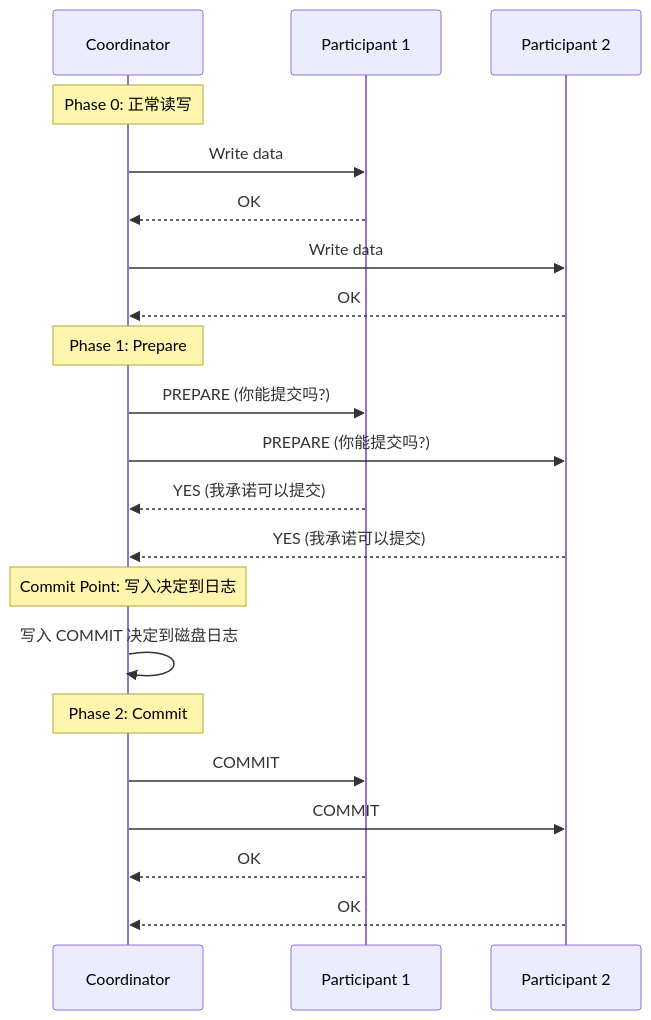
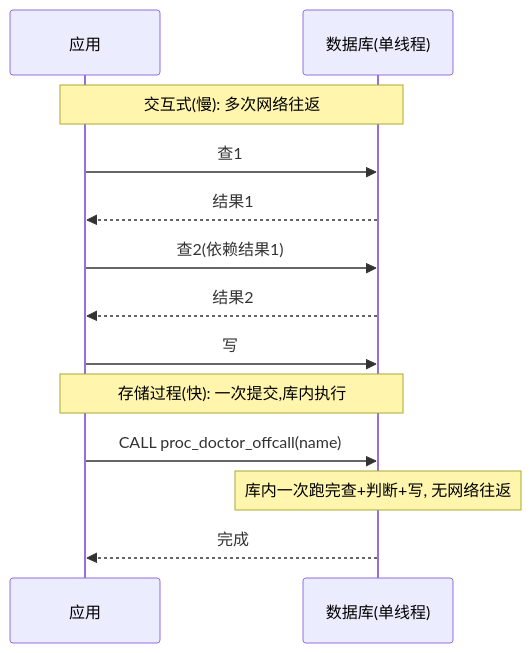
Before and after one commit to socoo123/ddia_2nd: diagram 19 of 40 in ch08-事务.md, drawn with Mermaid. The commit also changed other lines of this file and 8 other files, not shown here.

First line of the commit message:
重写 ch01-ch09 读书笔记：风格统一 + 内容扩充 + 大量图表

````diff
--- a/ch08-事务.md
+++ b/ch08-事务.md
@@ -977,27 +758,15 @@
 ```mermaid
 sequenceDiagram
-    participant Coord as Coordinator
-    participant DB1 as Participant 1
-    participant DB2 as Participant 2
-
-    Note over Coord: Phase 0: 正常读写
-    Coord->>DB1: Write data
-    DB1-->>Coord: OK
-    Coord->>DB2: Write data
-    DB2-->>Coord: OK
-
-    Note over Coord: Phase 1: Prepare
-    Coord->>DB1: PREPARE (你能提交吗?)
-    Coord->>DB2: PREPARE (你能提交吗?)
-    DB1-->>Coord: YES (我承诺可以提交)
-    DB2-->>Coord: YES (我承诺可以提交)
-
-    Note over Coord: Commit Point: 写入决定到日志
-    Coord->>Coord: 写入 COMMIT 决定到磁盘日志
-
-    Note over Coord: Phase 2: Commit
-    Coord->>DB1: COMMIT
-    Coord->>DB2: COMMIT
-    DB1-->>Coord: OK
-    DB2-->>Coord: OK
+    participant App as 应用
+    participant DB as 数据库(单线程)
+    Note over App,DB: 交互式(慢): 多次网络往返
+    App->>DB: 查1
+    DB-->>App: 结果1
+    App->>DB: 查2(依赖结果1)
+    DB-->>App: 结果2
+    App->>DB: 写
+    Note over App,DB: 存储过程(快): 一次提交,库内执行
+    App->>DB: CALL proc_doctor_offcall(name)
+    Note over DB: 库内一次跑完查+判断+写, 无网络往返
+    DB-->>App: 完成
 ```
````
